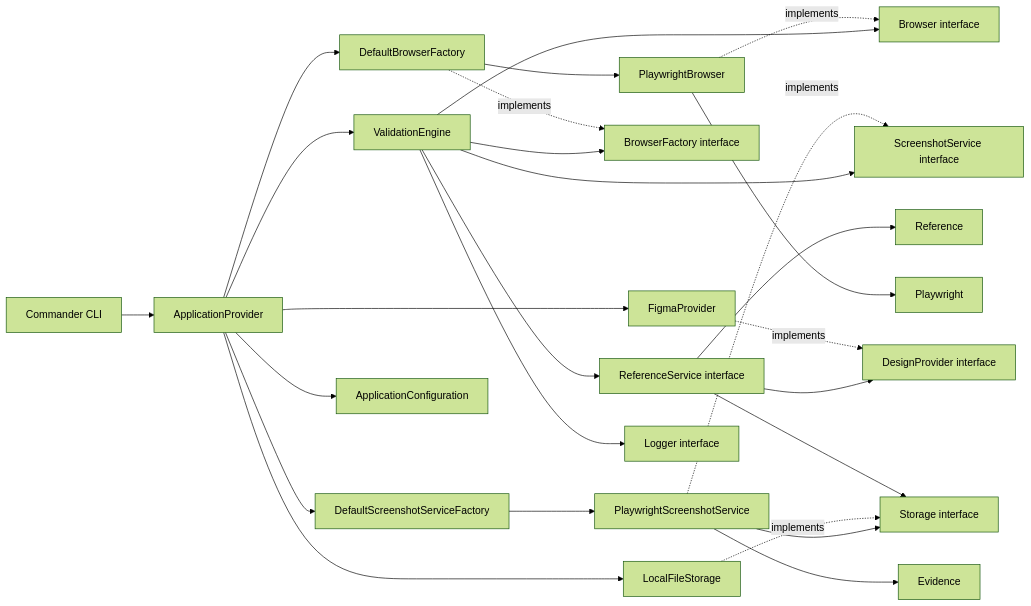
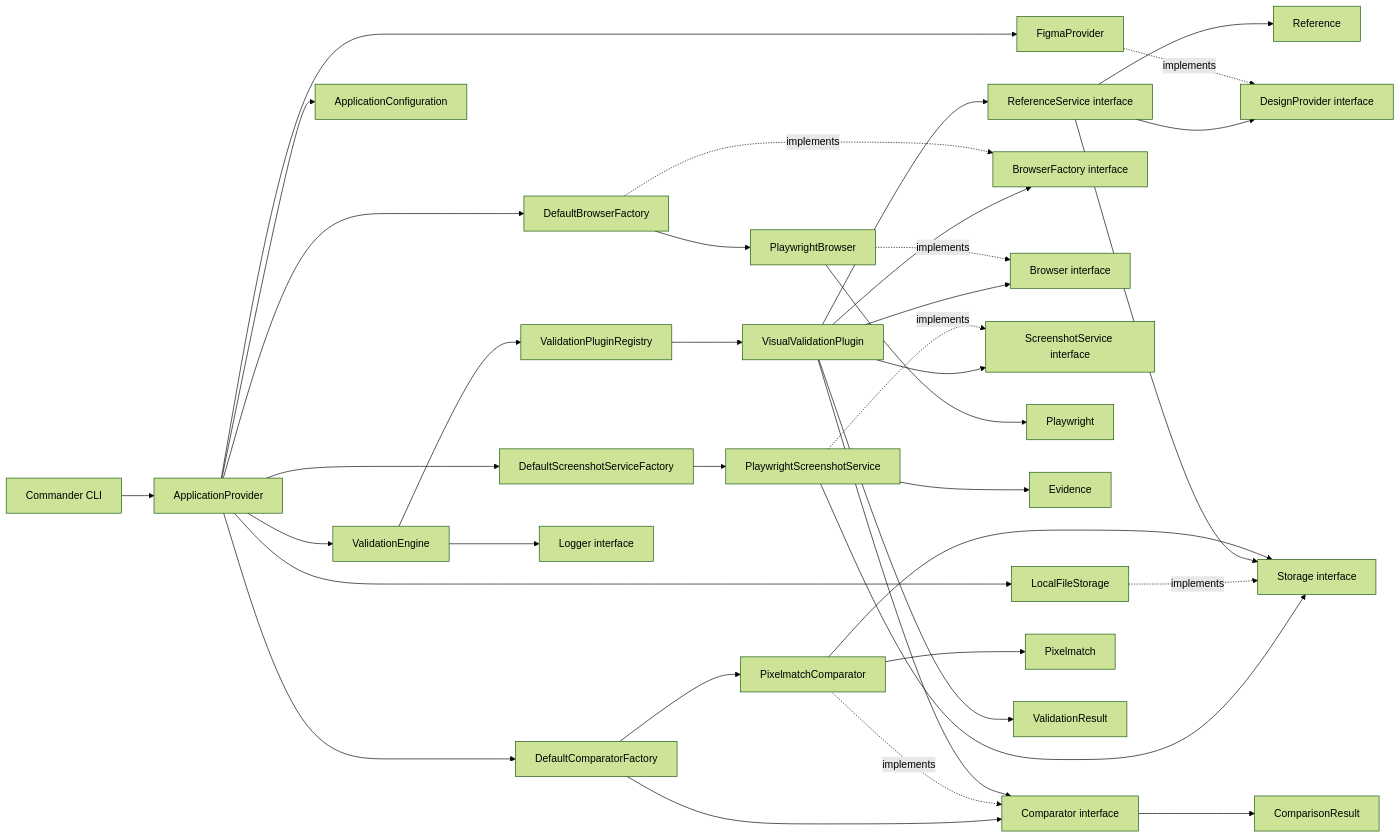
Before and after one commit to pedro95nunes/QA-Visual-Validation-Tool: the diagram in README.md, drawn with Mermaid (forest theme). The commit also changed other lines of this file and 39 other files, not shown here.

Commit message:
feat: add visual validation plugin workflow

````diff
--- a/README.md
+++ b/README.md
@@ -17,28 +17,39 @@
 ```mermaid
 flowchart LR
     CLI[Commander CLI] --> Provider[ApplicationProvider]
     Provider --> Engine[ValidationEngine]
+    Engine --> Registry[ValidationPluginRegistry]
+    Registry --> VisualPlugin[VisualValidationPlugin]
     Provider --> Factory[DefaultBrowserFactory]
     Provider --> ScreenshotFactory[DefaultScreenshotServiceFactory]
     Provider --> Storage[LocalFileStorage]
     Provider --> Figma[FigmaProvider]
     Provider --> Config[ApplicationConfiguration]
-    Engine --> BrowserFactory[BrowserFactory interface]
-    Engine --> Browser[Browser interface]
-    Engine --> ScreenshotService[ScreenshotService interface]
+    VisualPlugin --> BrowserFactory[BrowserFactory interface]
+    VisualPlugin --> Browser[Browser interface]
+    VisualPlugin --> ScreenshotService[ScreenshotService interface]
     Factory -. implements .-> BrowserFactory
     Factory --> PlaywrightBrowser[PlaywrightBrowser]
     PlaywrightBrowser -. implements .-> Browser
     PlaywrightBrowser --> Playwright[Playwright]
     ScreenshotFactory --> PlaywrightScreenshotService[PlaywrightScreenshotService]
     PlaywrightScreenshotService -. implements .-> ScreenshotService
     PlaywrightScreenshotService --> StorageContract[Storage interface]
     Storage -. implements .-> StorageContract
     PlaywrightScreenshotService --> Evidence[Evidence]
-    Engine --> ReferenceService[ReferenceService interface]
+    VisualPlugin --> ReferenceService[ReferenceService interface]
     ReferenceService --> DesignProvider[DesignProvider interface]
     Figma -. implements .-> DesignProvider
     ReferenceService --> StorageContract
     ReferenceService --> Reference[Reference]
+    Provider --> ComparatorFactory[DefaultComparatorFactory]
+    ComparatorFactory --> Comparator[Comparator interface]
+    ComparatorFactory --> PixelmatchComparator[PixelmatchComparator]
+    PixelmatchComparator -. implements .-> Comparator
+    PixelmatchComparator --> Pixelmatch[Pixelmatch]
+    PixelmatchComparator --> StorageContract
+    VisualPlugin --> Comparator
+    Comparator --> ComparisonResult[ComparisonResult]
+    VisualPlugin --> ValidationResult[ValidationResult]
     Engine --> Logger[Logger interface]
 ```
````
